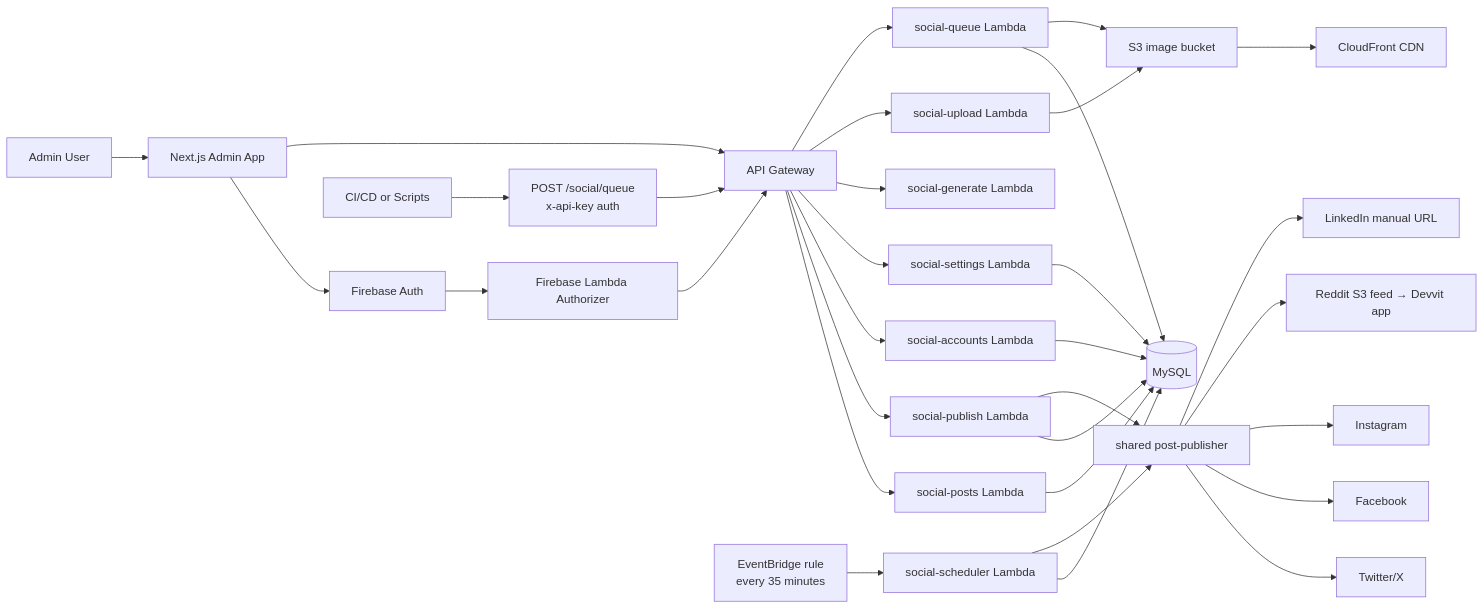
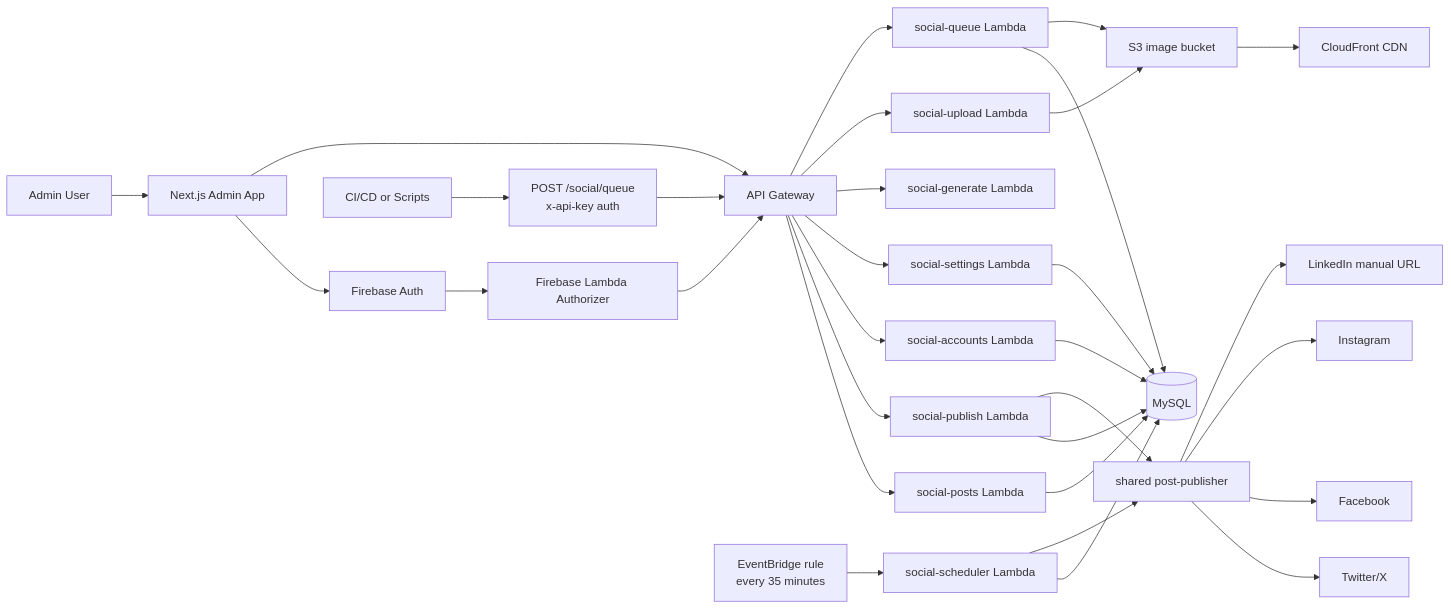
Before and after one commit to CreditOdds/social-posting-service: the diagram in README.md, drawn with Mermaid. The commit also changed other lines of this file and 14 other files, not shown here.

First line of the commit message:
chore: remove Reddit posting (Devvit feed never worked) (#17)

````diff
--- a/README.md
+++ b/README.md
@@ -67,41 +67,40 @@
 ```mermaid
 flowchart LR
   Admin["Admin User"] --> Web["Next.js Admin App"]
   Web --> Firebase["Firebase Auth"]
   Web --> APIGW["API Gateway"]
   Firebase --> Authorizer["Firebase Lambda Authorizer"]
   Authorizer --> APIGW
 
   CICD["CI/CD or Scripts"] --> QueueAPI["POST /social/queue<br/>x-api-key auth"]
   QueueAPI --> APIGW
 
   APIGW --> Posts["social-posts Lambda"]
   APIGW --> Publish["social-publish Lambda"]
   APIGW --> Accounts["social-accounts Lambda"]
   APIGW --> Settings["social-settings Lambda"]
   APIGW --> Generate["social-generate Lambda"]
   APIGW --> Upload["social-upload Lambda"]
   APIGW --> Queue["social-queue Lambda"]
 
   Scheduler["EventBridge rule<br/>every 35 minutes"] --> SchedFn["social-scheduler Lambda"]
 
   Posts --> DB[("MySQL")]
   Publish --> DB
   Accounts --> DB
   Settings --> DB
   Queue --> DB
   SchedFn --> DB
 
   Upload --> S3["S3 image bucket"]
   Queue --> S3
   S3 --> CDN["CloudFront CDN"]
 
   Publish --> Publisher["shared post-publisher"]
   SchedFn --> Publisher
 
   Publisher --> Twitter["Twitter/X"]
   Publisher --> Facebook["Facebook"]
   Publisher --> Instagram["Instagram"]
-  Publisher --> Reddit["Reddit S3 feed → Devvit app"]
   Publisher --> LinkedIn["LinkedIn manual URL"]
 ```
````
